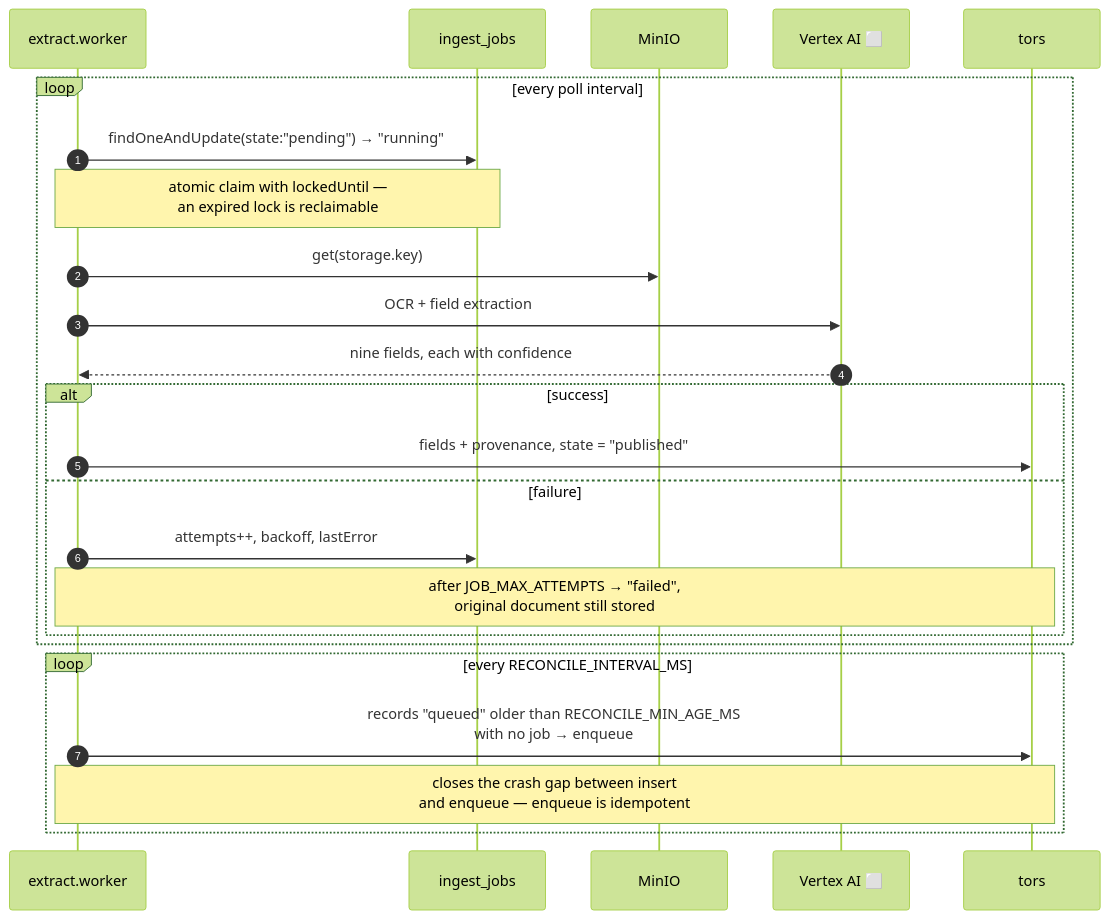
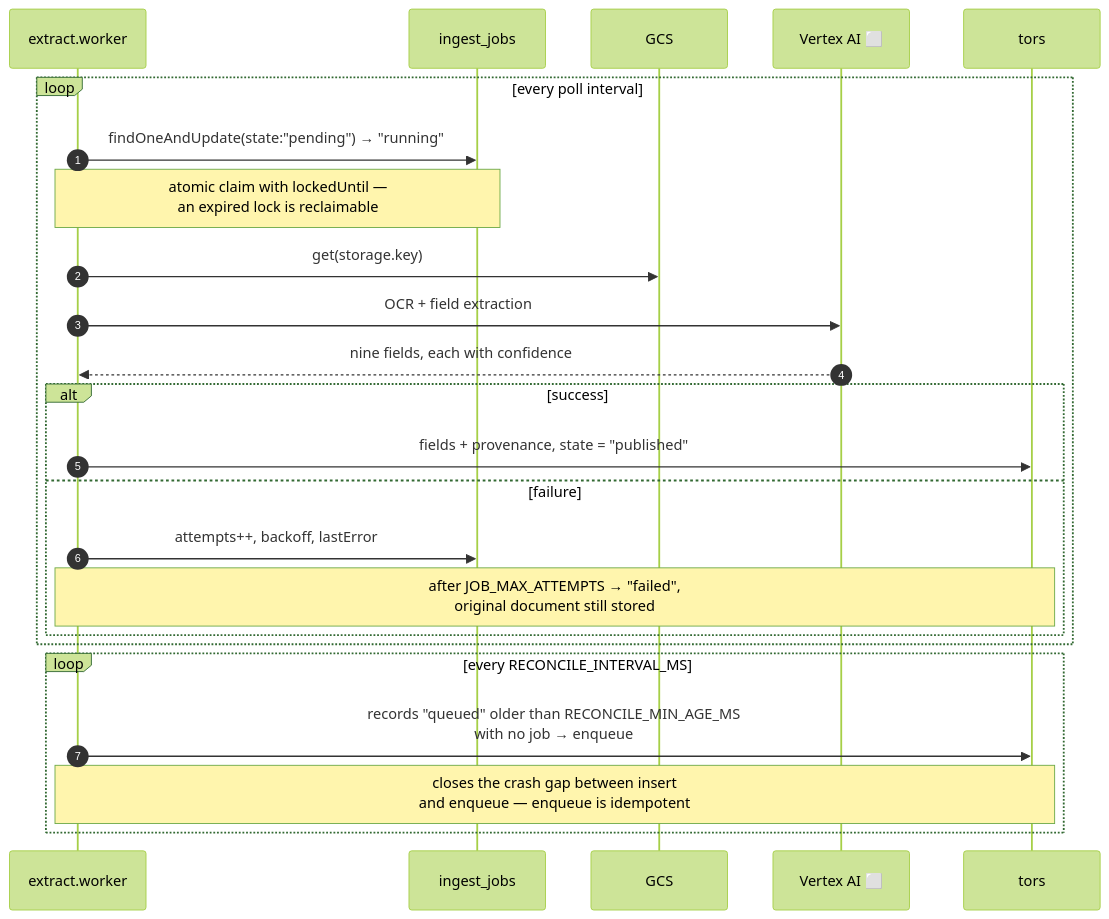
One commit to TORMomentum/Momentum changed the sixth of 9 diagrams in docs/ARCHITECTURE.md. Above: the diagram before and after it, drawn with Mermaid (forest theme). The commit also changed other lines of this file and 3 other files, not shown here.

````diff
--- a/docs/ARCHITECTURE.md
+++ b/docs/ARCHITECTURE.md
@@ -235,28 +238,28 @@
 ```mermaid
 sequenceDiagram
     autonumber
     participant W as extract.worker
     participant Q as ingest_jobs
-    participant St as MinIO
+    participant St as GCS
     participant V as Vertex AI ⬜
     participant T as tors
 
     loop every poll interval
         W->>Q: findOneAndUpdate(state:"pending") → "running"
         Note over W,Q: atomic claim with lockedUntil —<br/>an expired lock is reclaimable
         W->>St: get(storage.key)
         W->>V: OCR + field extraction
         V-->>W: nine fields, each with confidence
         alt success
             W->>T: fields + provenance, state = "published"
         else failure
             W->>Q: attempts++, backoff, lastError
             Note over W,T: after JOB_MAX_ATTEMPTS → "failed",<br/>original document still stored
         end
     end
 
     loop every RECONCILE_INTERVAL_MS
         W->>T: records "queued" older than RECONCILE_MIN_AGE_MS<br/>with no job → enqueue
         Note over W,T: closes the crash gap between insert<br/>and enqueue — enqueue is idempotent
     end
 ```
````
